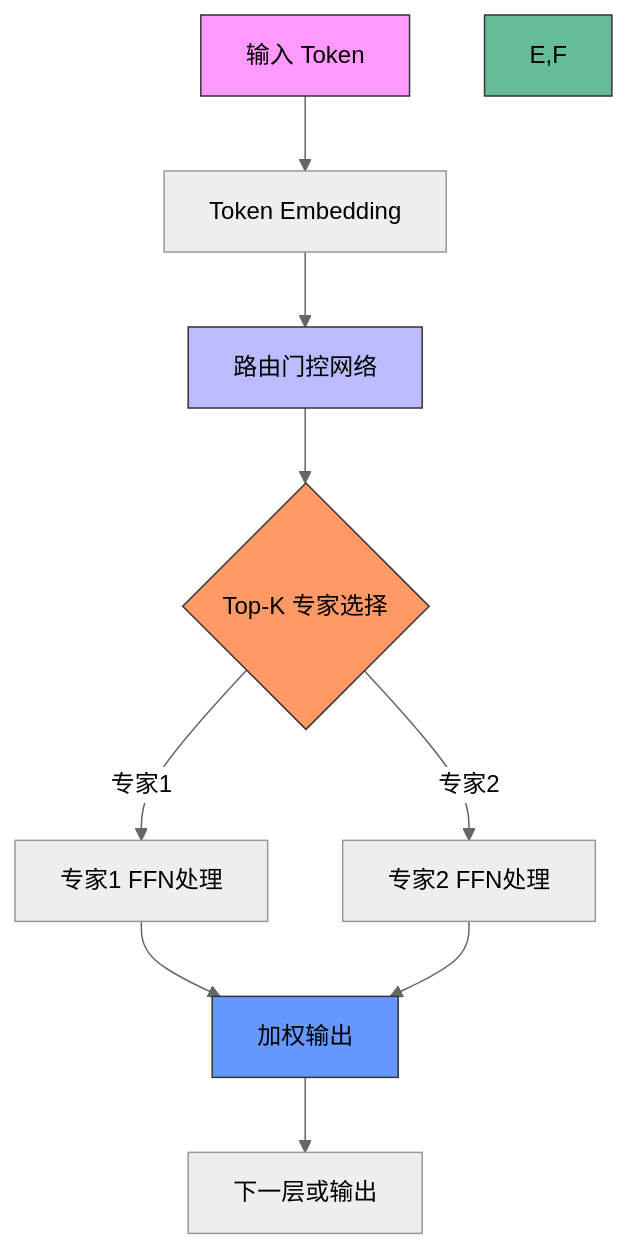
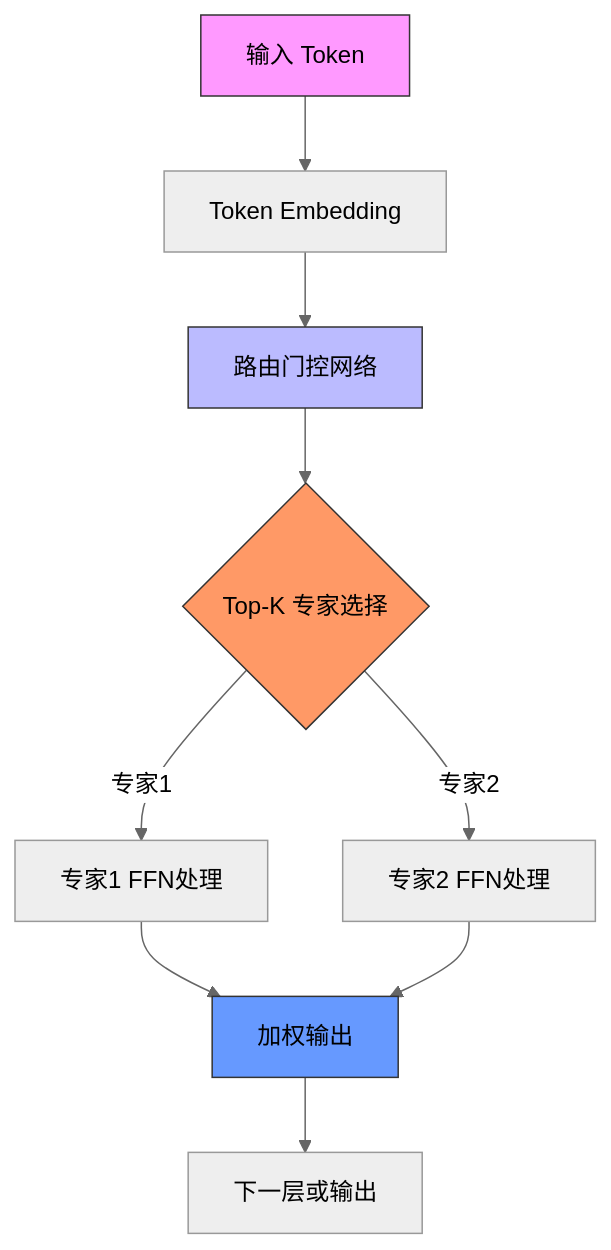
One commit to runningto/iodraw-files changed the diagram in all/未命名.md. Above: the diagram before and after it, drawn with Mermaid (neutral theme).

Commit message:
2025-03-29 15:04:34 update

````diff
--- a/all/未命名.md
+++ b/all/未命名.md
@@ -1,18 +1,18 @@
 ```mermaid
 graph TD
     A[输入 Token] --> B[Token Embedding]
     B --> C[路由门控网络]
     C --> D{Top-K 专家选择}
     D -->|专家1| E[专家1 FFN处理]
     D -->|专家2| F[专家2 FFN处理]
     E --> G[加权输出]
     F --> G
     G --> H[下一层或输出]
 
     style A fill:#f9f,stroke:#333
     style C fill:#bbf,stroke:#333
     style D fill:#f96,stroke:#333
-    style E,F fill:#6b9,stroke:#333
+
     style G fill:#69f,stroke:#333
   
 ```
````
